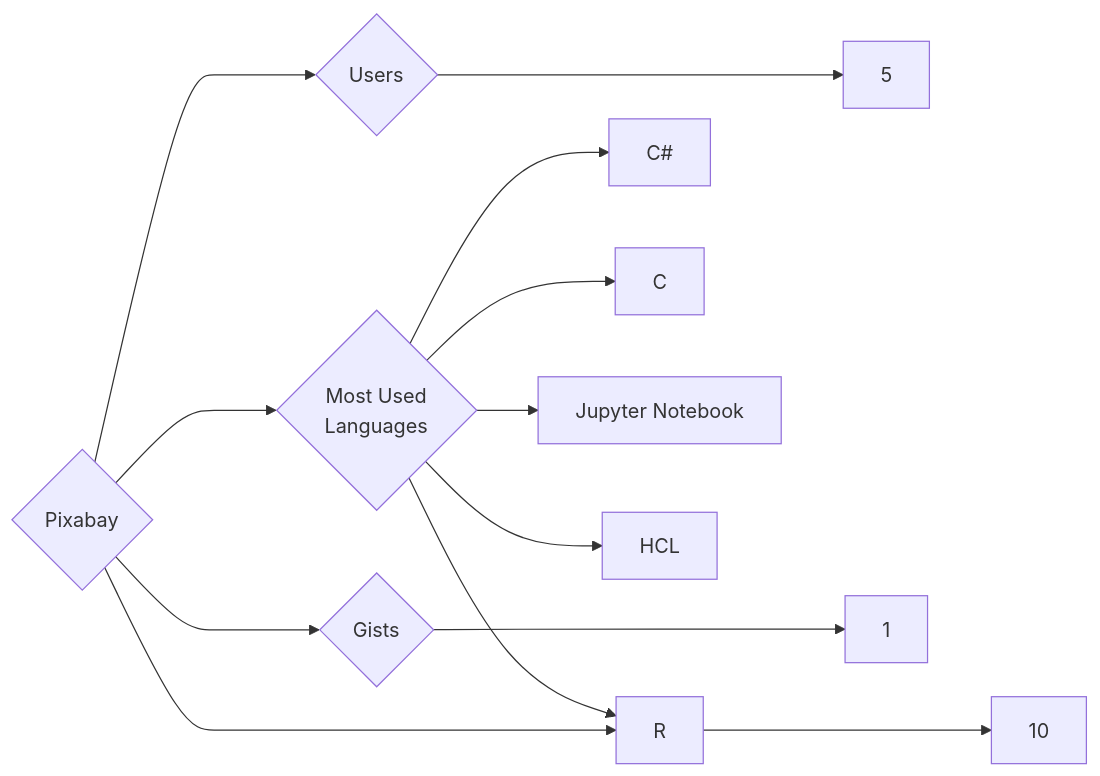
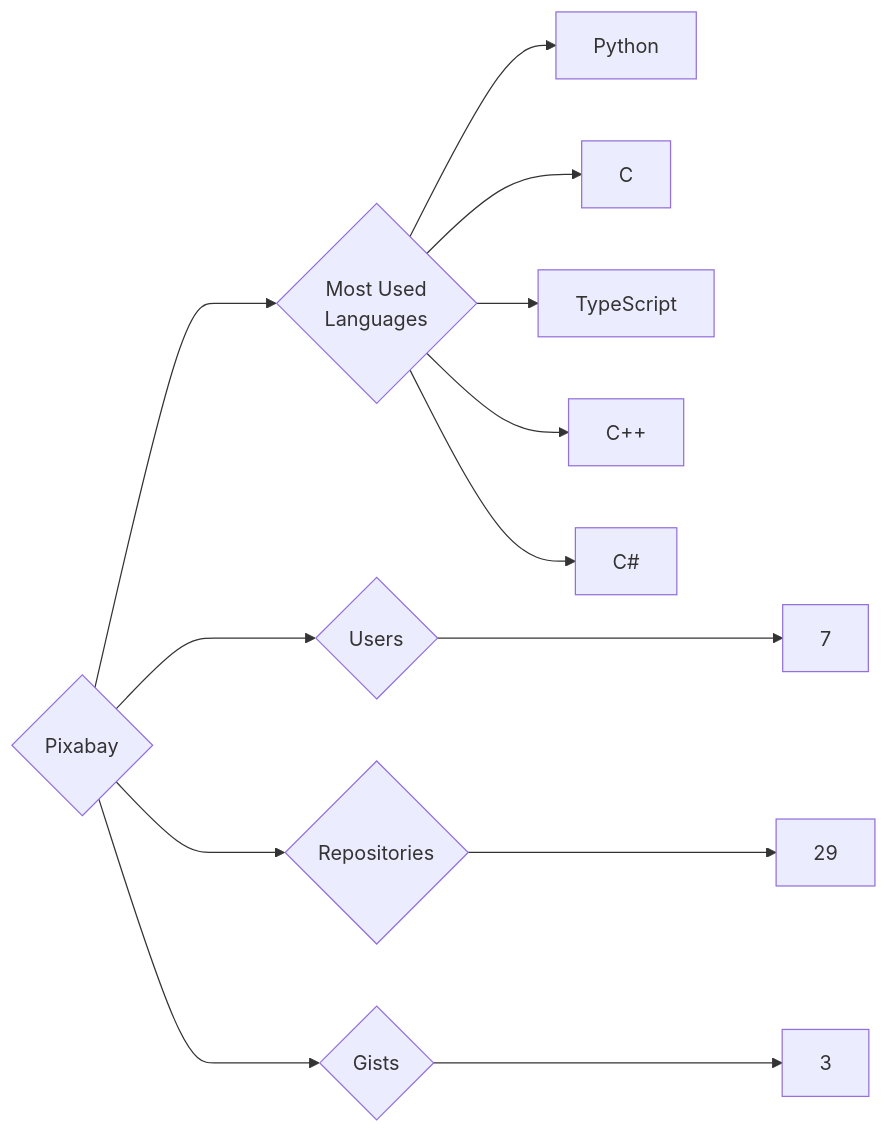
The diagram in targets/Pixabay/README.md (trickest/insiders), drawn with Mermaid before and after one commit. The commit also changed 1479 other files, not shown here.

````diff
--- a/targets/Pixabay/README.md
+++ b/targets/Pixabay/README.md
@@ -3,13 +3,13 @@
 ```mermaid
 graph LR
 COMPANY_NAME{Pixabay}
-COMPANY_NAME ---> U{Users} ---> UN[5]
-COMPANY_NAME ---> R{Repositories} ---> RN[10]
-COMPANY_NAME ---> G{Gists} ---> GN[1]
+COMPANY_NAME ---> U{Users} ---> UN[7]
+COMPANY_NAME ---> R{Repositories} ---> RN[29]
+COMPANY_NAME ---> G{Gists} ---> GN[3]
 COMPANY_NAME ---> ML{Most Used<br>Languages}
+ML --> Python[Python]
+ML --> C[C]
+ML --> TypeScript[TypeScript]
+ML --> C++[C++]
 ML --> C#[C#]
-ML --> C[C]
-ML --> R[R]
-ML --> Jupyter_Notebook[Jupyter Notebook]
-ML --> HCL[HCL]
 ```
````
